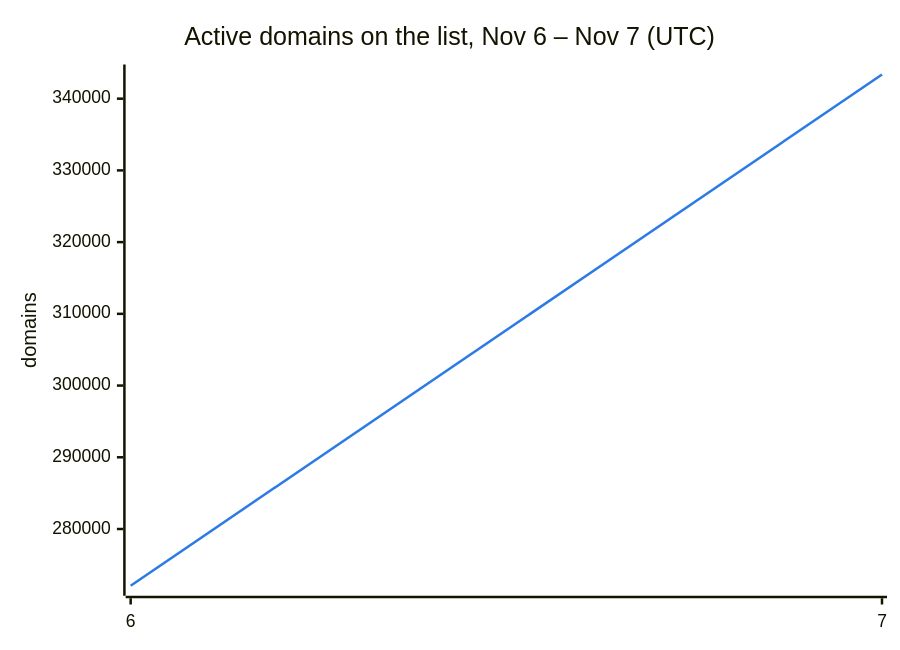
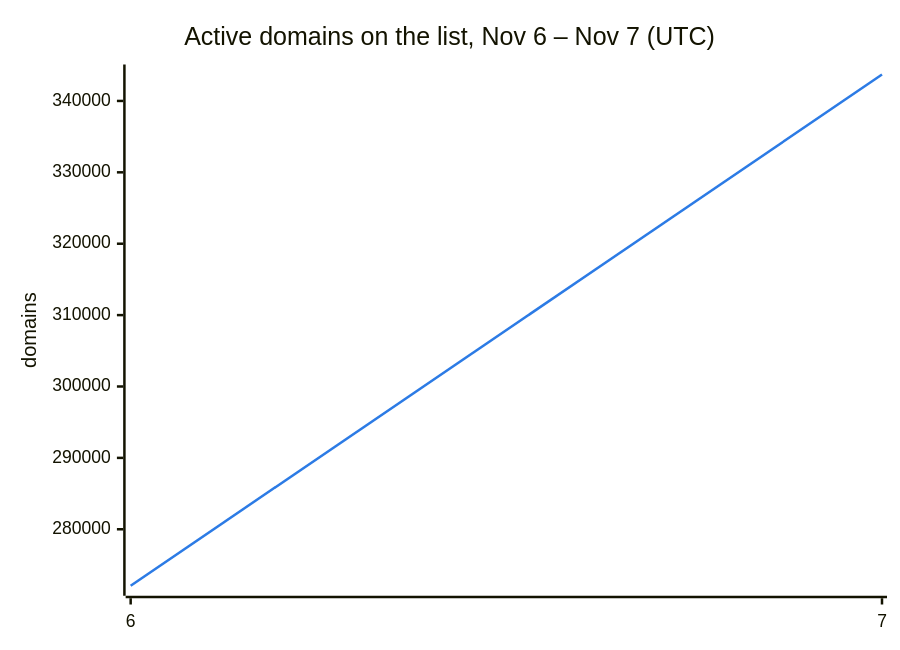
One commit to DNSBunker/CTI changed the second of 3 diagrams in README.md. Above: the diagram before and after it, drawn with Mermaid. The commit also changed other lines of this file and 3 other files, not shown here.

````diff
--- a/README.md
+++ b/README.md
@@ -38,8 +38,8 @@
 ```mermaid
 %%{init: {"themeVariables": {"xyChart": {"plotColorPalette": "#2c7be5"}}}}%%
 xychart-beta
     title "Active domains on the list, Nov 6 – Nov 7 (UTC)"
     x-axis ["6", "7"]
     y-axis "domains"
-    line [272088, 343370]
+    line [272088, 343704]
 ```
````
